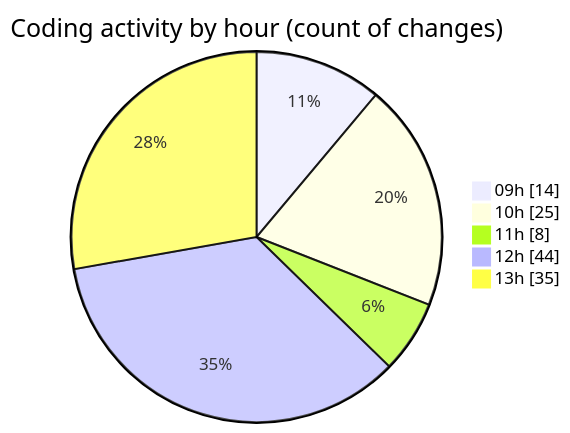
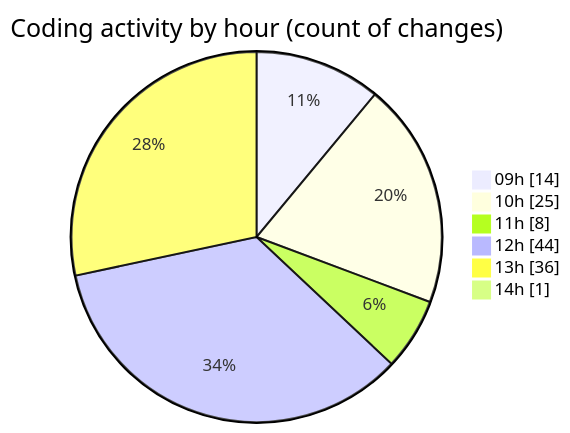
One commit to momahboobian/code-tracking changed the second of 2 diagrams in 2025-06-03/cda/README.md. Above: the diagram before and after it, drawn with Mermaid. The commit also changed other lines of this file and 1 other file, not shown here.

````diff
--- a/2025-06-03/cda/README.md
+++ b/2025-06-03/cda/README.md
@@ -34,9 +36,10 @@
 ```mermaid
 pie showData
 title Coding activity by hour (count of changes)
 "09h" : 14
 "10h" : 25
 "11h" : 8
 "12h" : 44
-"13h" : 35
+"13h" : 36
+"14h" : 1
 ```
````
